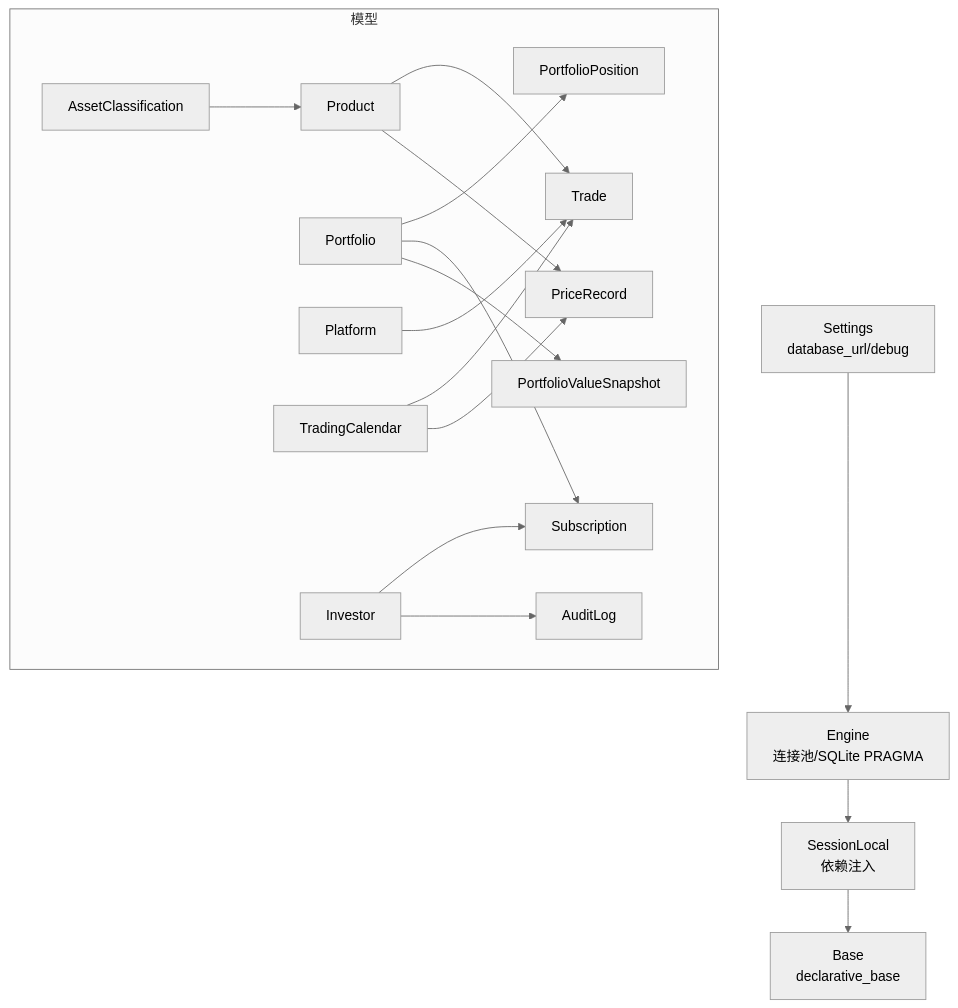
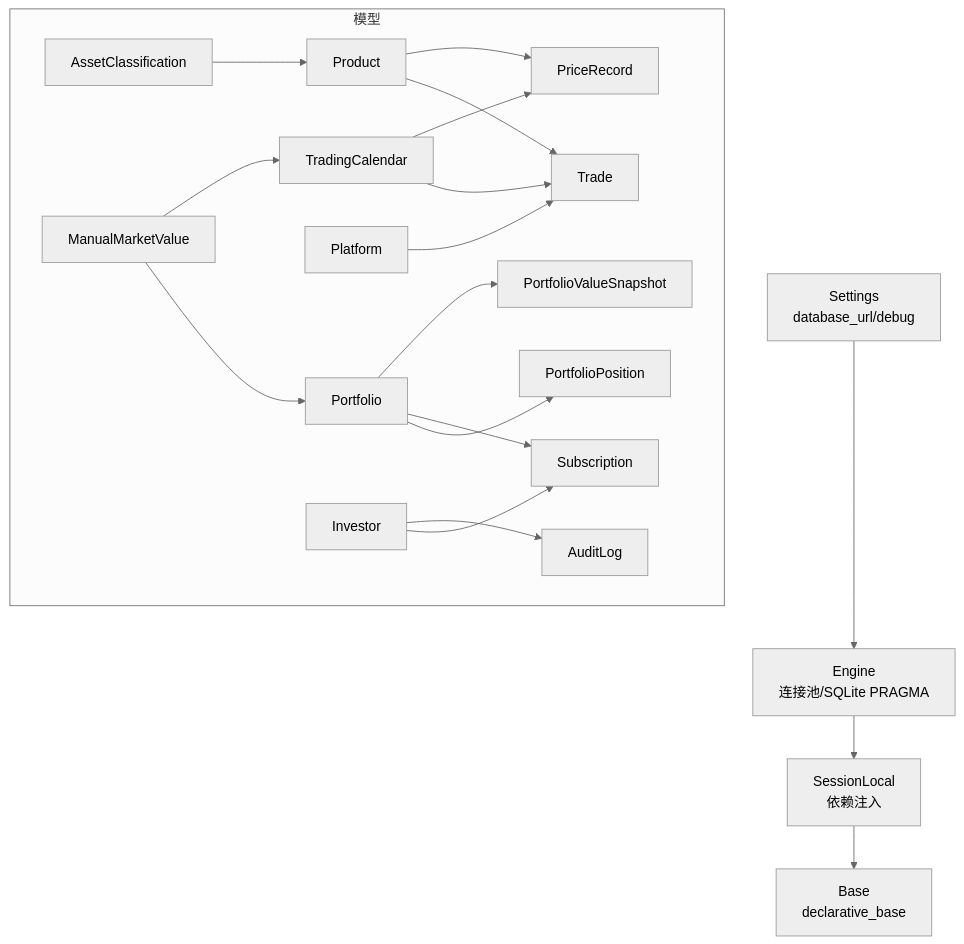
One commit to gujialind/InvestRing changed the second of 5 diagrams in .qoder/repowiki/zh/content/数据库设计/数据模型设计.md. Above: the diagram before and after it, drawn with Mermaid (neutral theme). The commit also changed other lines of this file and 6 other files, not shown here.

````diff
--- a/.qoder/repowiki/zh/content/数据库设计/数据模型设计.md
+++ b/.qoder/repowiki/zh/content/数据库设计/数据模型设计.md
@@ -118,35 +110,38 @@
 ```mermaid
 graph TB
 CFG["Settings<br/>database_url/debug"]
 ENG["Engine<br/>连接池/SQLite PRAGMA"]
 SM["SessionLocal<br/>依赖注入"]
 BASE["Base<br/>declarative_base"]
 CFG --> ENG
 ENG --> SM
 SM --> BASE
 subgraph "模型"
 AC["AssetClassification"]
 P["Portfolio"]
 PL["Platform"]
 PRD["Product"]
 INV["Investor"]
 TR["Trade"]
 POS["PortfolioPosition"]
 SUB["Subscription"]
 PR["PriceRecord"]
 PV["PortfolioValueSnapshot"]
 TC["TradingCalendar"]
 AL["AuditLog"]
+MMV["ManualMarketValue"]
 end
 AC --> PRD
 P --> POS
 P --> SUB
 PL --> TR
 PRD --> TR
 PRD --> PR
 P --> PV
 TC --> TR
 TC --> PR
 INV --> SUB
 INV --> AL
+MMV --> P
+MMV --> TC
 ```
````
